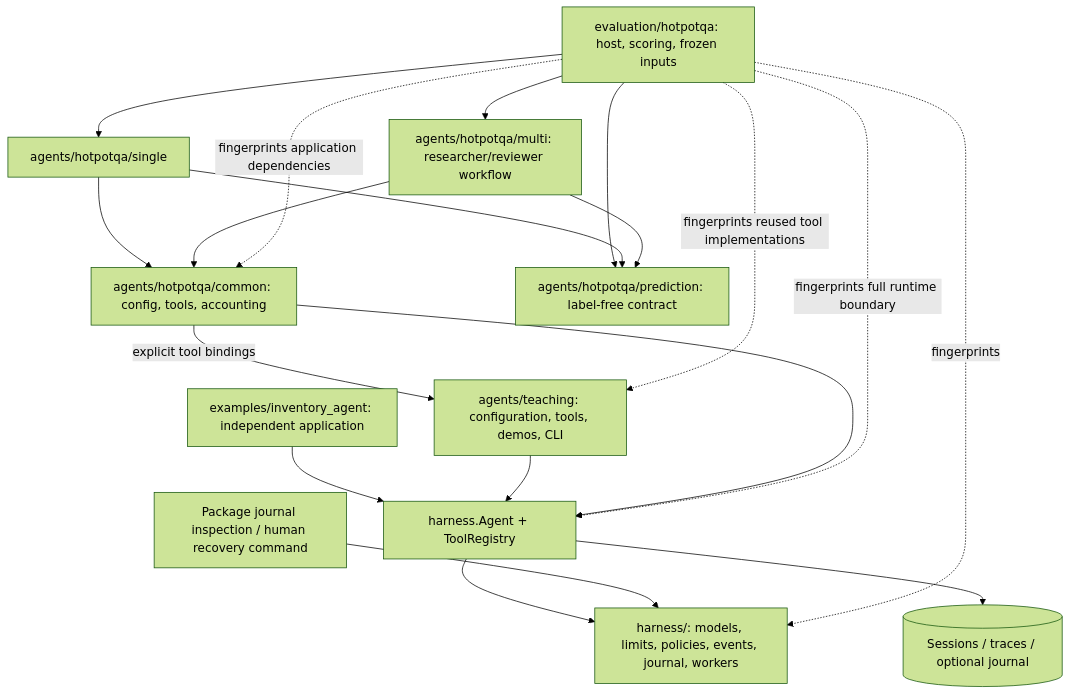
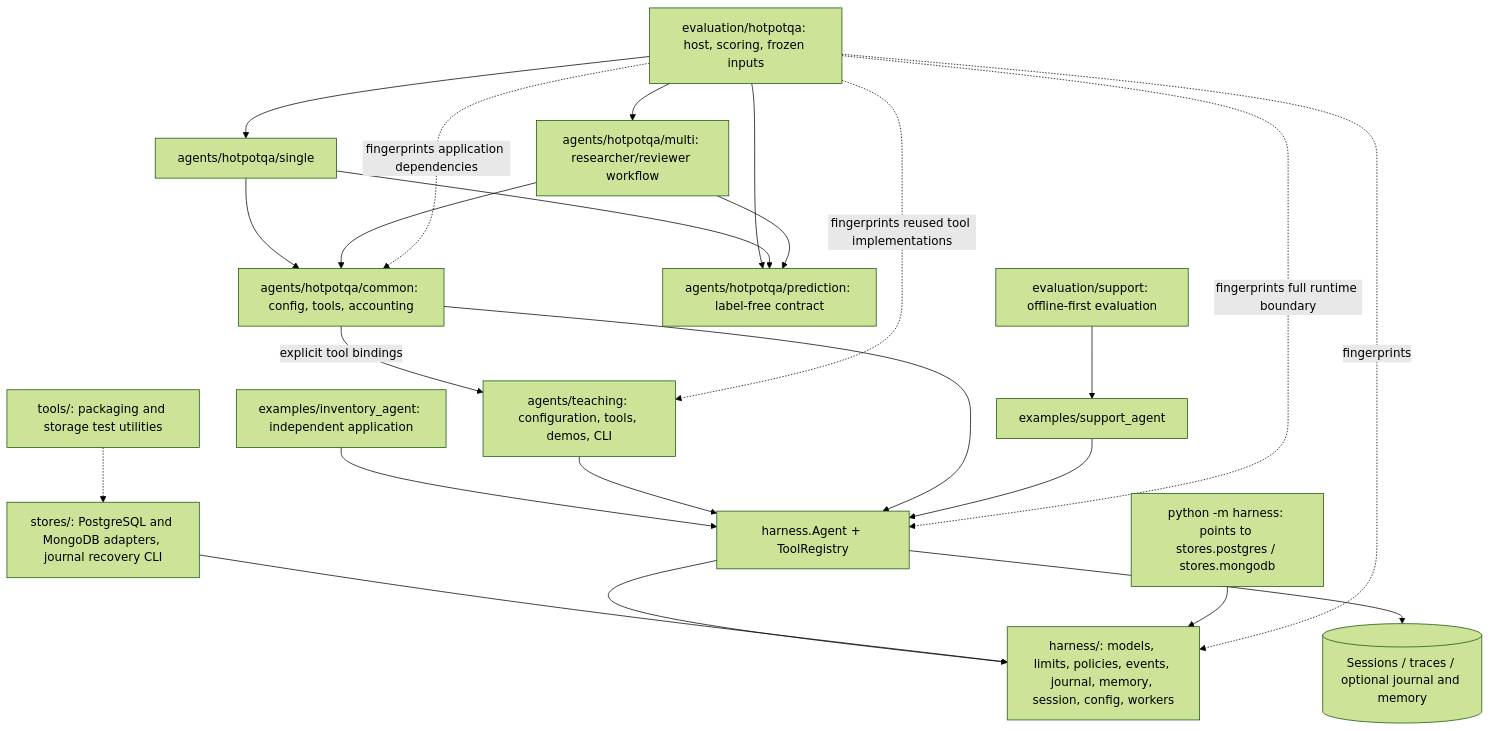
The diagram in docs/harness-separation.mmd (alxmancilla/little_harness), drawn with Mermaid (forest theme) before and after one commit. The commit also changed 14 other files, not shown here.

First line of the commit message:
Bring specs, architecture and reference docs up to date

```diff
--- a/docs/harness-separation.mmd
+++ b/docs/harness-separation.mmd
@@ -1,19 +1,23 @@
 flowchart TB
     New["examples/inventory_agent: independent application"] --> Core["harness.Agent + ToolRegistry"]
     Teaching["agents/teaching: configuration, tools, demos, CLI"] --> Core
     Single["agents/hotpotqa/single"] --> Common["agents/hotpotqa/common: config, tools, accounting"]
     Multi["agents/hotpotqa/multi: researcher/reviewer workflow"] --> Common
     Common --> Core
     Common -->|"explicit tool bindings"| Teaching
     Eval["evaluation/hotpotqa: host, scoring, frozen inputs"] --> Single
     Eval --> Multi
     Eval --> Prediction["agents/hotpotqa/prediction: label-free contract"]
     Single --> Prediction
     Multi --> Prediction
-    Core --> Leaves["harness/: models, limits, policies, events, journal, workers"]
-    Recovery["Package journal inspection / human recovery command"] --> Leaves
-    Core --> State[("Sessions / traces / optional journal")]
+    Core --> Leaves["harness/: models, limits, policies, events, journal, memory, session, config, workers"]
+    Stores["stores/: PostgreSQL and MongoDB adapters, journal recovery CLI"] --> Leaves
+    PkgMain["python -m harness: points to stores.postgres / stores.mongodb"] --> Leaves
+    Support["examples/support_agent"] --> Core
+    SupportEval["evaluation/support: offline-first evaluation"] --> Support
+    Tools["tools/: packaging and storage test utilities"] -.-> Stores
+    Core --> State[("Sessions / traces / optional journal and memory")]
     Eval -. "fingerprints full runtime boundary" .-> Core
     Eval -. "fingerprints" .-> Leaves
     Eval -. "fingerprints application dependencies" .-> Common
     Eval -. "fingerprints reused tool implementations" .-> Teaching
```
